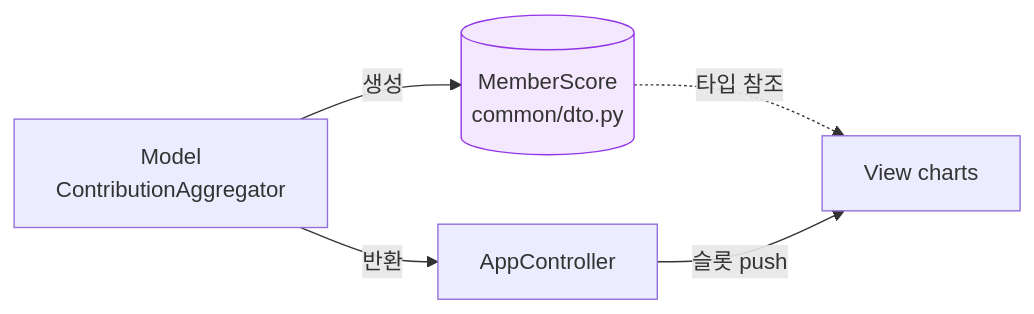
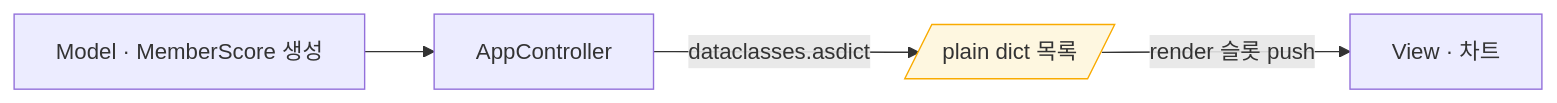
One commit to Eucliwood32/Software_Engineering_mirae changed the first of 4 diagrams in docs/02-design-planning/view-design.md. Above: the diagram before and after it, drawn with Mermaid. The commit also changed other lines of this file, not shown here.

````diff
--- a/docs/02-design-planning/view-design.md
+++ b/docs/02-design-planning/view-design.md
@@ -51,9 +51,8 @@
 ```mermaid
 flowchart LR
-    M[Model<br/>ContributionAggregator] -->|생성| DTO[(MemberScore<br/>common/dto.py)]
-    DTO -.타입 참조.-> V[View charts]
-    M -->|반환| C[AppController]
-    C -->|슬롯 push| V
-    classDef neutral fill:#f3e8fd,stroke:#9334e6;
-    class DTO neutral;
+    M[Model · MemberScore 생성] --> C[AppController]
+    C -->|dataclasses.asdict| D[/plain dict 목록/]
+    D -->|render 슬롯 push| V[View · 차트]
+    classDef bound fill:#fef7e0,stroke:#f9ab00;
+    class D bound;
 ```
````
